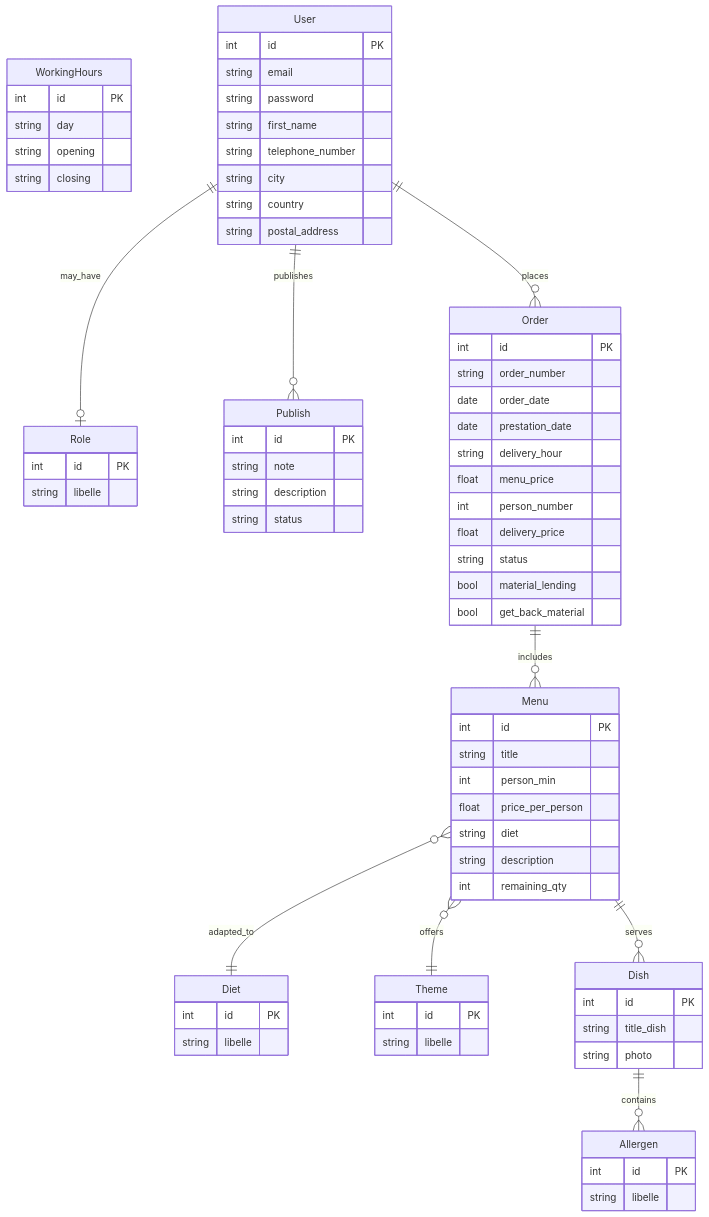
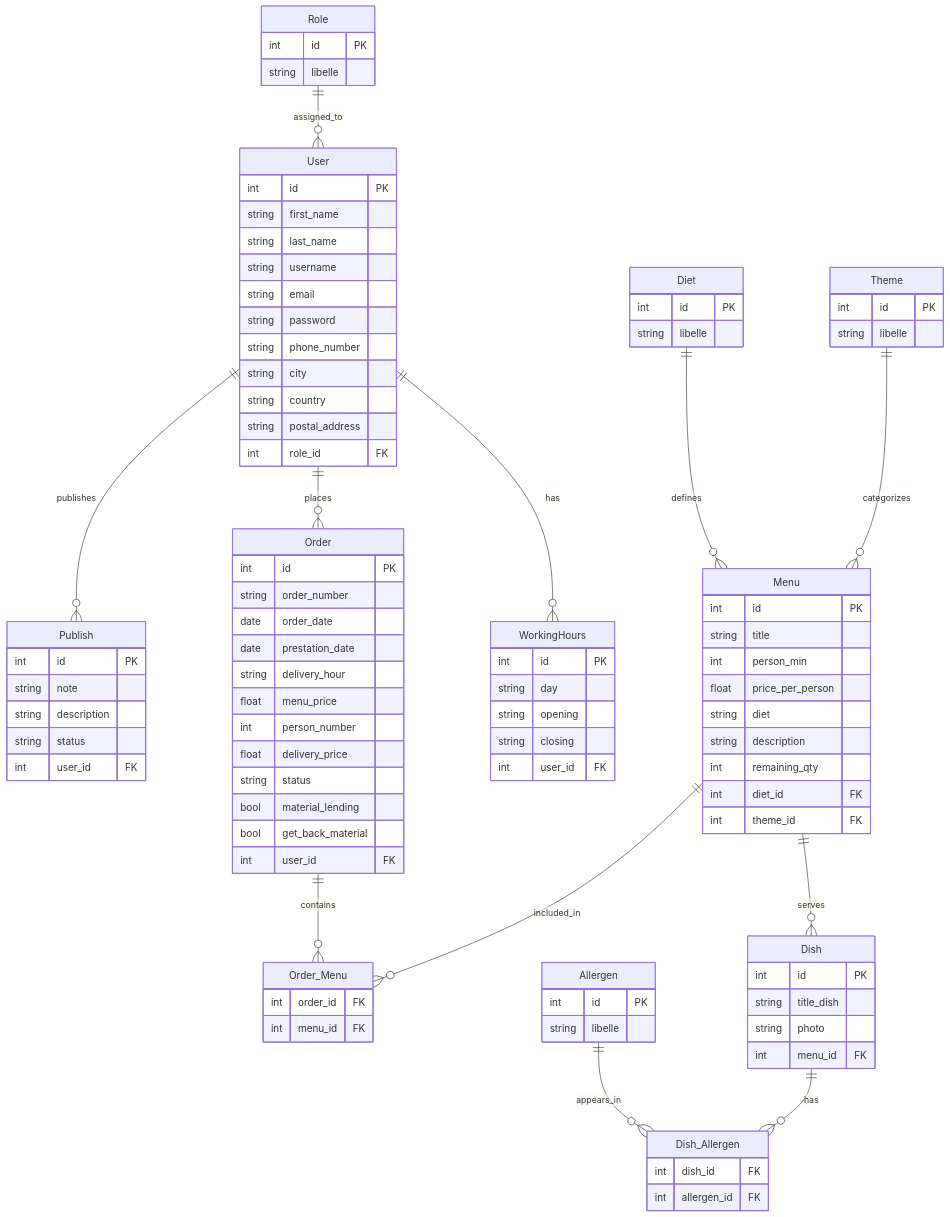
The diagram in docs/diagrams/database.md (LESdylan/vite-gourmand), drawn with Mermaid before and after one commit. The commit also changed other lines of this file and 9 other files, not shown here.

````diff
--- a/docs/diagrams/database.md
+++ b/docs/diagrams/database.md
@@ -6,27 +65,36 @@
         string day
         string opening
         string closing
+        int user_id FK
     }
+
     User {
         int id PK
+        string first_name
+        string last_name
+        string username
         string email
         string password
-        string first_name
-        string telephone_number
+        string phone_number
         string city
         string country
         string postal_address
+        int role_id FK
     }
+
     Role {
         int id PK
         string libelle
     }
+
     Publish {
         int id PK
         string note
         string description
         string status
+        int user_id FK
     }
+
     Order {
         int id PK
         string order_number
@@ -39,7 +107,9 @@
         string status
         bool material_lending
         bool get_back_material
+        int user_id FK
     }
+
     Menu {
         int id PK
         string title
@@ -48,34 +118,58 @@
         string diet
         string description
         int remaining_qty
+        int diet_id FK
+        int theme_id FK
     }
+
     Diet {
         int id PK
         string libelle
     }
+
     Theme {
         int id PK
         string libelle
     }
+
     Dish {
         int id PK
         string title_dish
         string photo
+        int menu_id FK
     }
+
     Allergen {
         int id PK
         string libelle
     }
 
+    %% Junction tables
+    Order_Menu {
+        int order_id FK
+        int menu_id FK
+    }
+
+    Dish_Allergen {
+        int dish_id FK
+        int allergen_id FK
+    }
+
     %% Relationships
-    User ||--o| Role : "may_have"
+    Role ||--o{ User : "assigned_to"
     User ||--o{ Publish : "publishes"
     User ||--o{ Order : "places"
-    Order ||--o{ Menu : "includes"
-    Menu }o--|| Diet : "adapted_to"
-    Menu }o--|| Theme : "offers"
+    User ||--o{ WorkingHours : "has"
+
+    Order ||--o{ Order_Menu : "contains"
+    Menu ||--o{ Order_Menu : "included_in"
+
+    Diet ||--o{ Menu : "defines"
+    Theme ||--o{ Menu : "categorizes"
+
     Menu ||--o{ Dish : "serves"
-    Dish ||--o{ Allergen : "contains"
 
+    Dish ||--o{ Dish_Allergen : "has"
+    Allergen ||--o{ Dish_Allergen : "appears_in"
 
 ```
````
